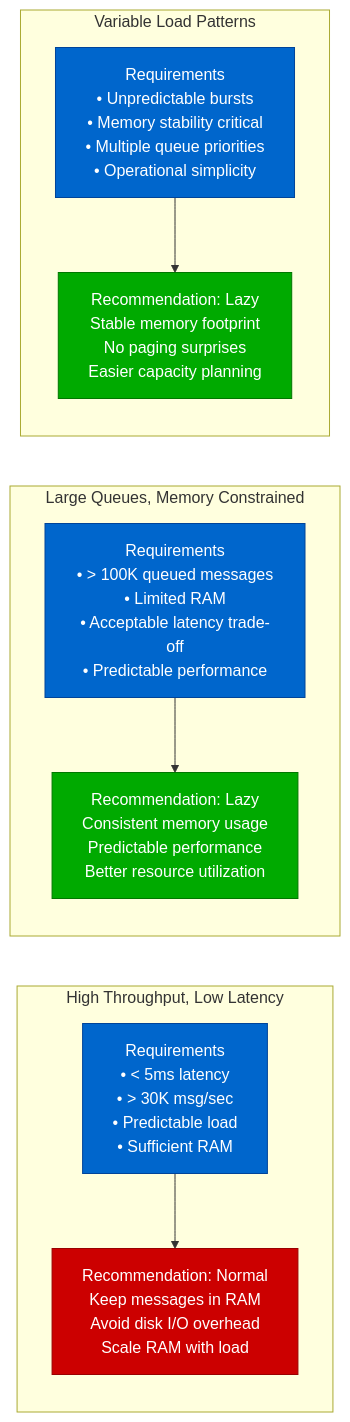
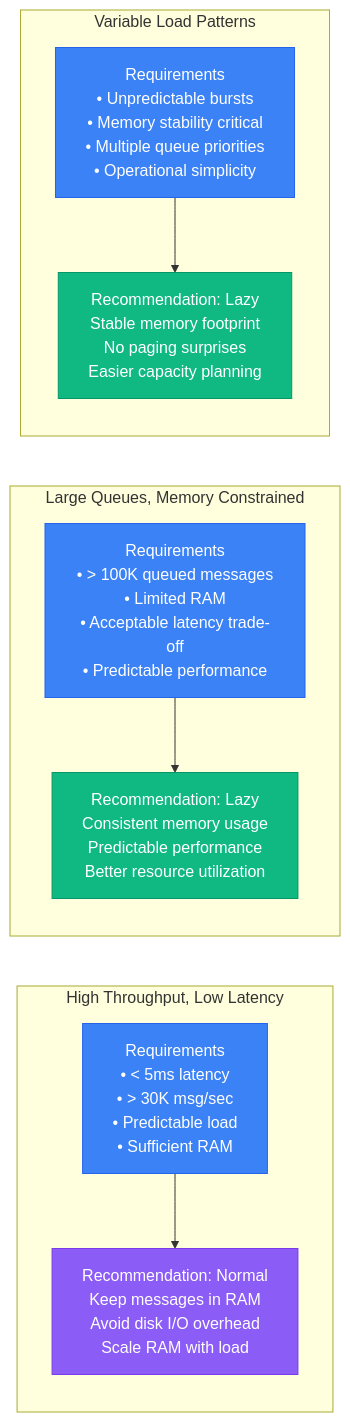
The seventh of 13 diagrams in site/docs/performance/rabbitmq-performance-profile.md (deepaucksharma/DS), drawn with Mermaid before and after one commit. The commit also changed other lines of this file and 303 other files, not shown here.

````diff
--- a/site/docs/performance/rabbitmq-performance-profile.md
+++ b/site/docs/performance/rabbitmq-performance-profile.md
@@ -261,34 +261,34 @@
 ```mermaid
 graph LR
     subgraph "High Throughput, Low Latency"
         HT_LL[Requirements<br/>• < 5ms latency<br/>• > 30K msg/sec<br/>• Predictable load<br/>• Sufficient RAM]
 
         HT_LL_REC[Recommendation: Normal<br/>Keep messages in RAM<br/>Avoid disk I/O overhead<br/>Scale RAM with load]
 
         HT_LL --> HT_LL_REC
     end
 
     subgraph "Large Queues, Memory Constrained"
         LQ_MC[Requirements<br/>• > 100K queued messages<br/>• Limited RAM<br/>• Acceptable latency trade-off<br/>• Predictable performance]
 
         LQ_MC_REC[Recommendation: Lazy<br/>Consistent memory usage<br/>Predictable performance<br/>Better resource utilization]
 
         LQ_MC --> LQ_MC_REC
     end
 
     subgraph "Variable Load Patterns"
         VLP[Requirements<br/>• Unpredictable bursts<br/>• Memory stability critical<br/>• Multiple queue priorities<br/>• Operational simplicity]
 
         VLP_REC[Recommendation: Lazy<br/>Stable memory footprint<br/>No paging surprises<br/>Easier capacity planning]
 
         VLP --> VLP_REC
     end
 
-    classDef requirementStyle fill:#0066CC,stroke:#004499,color:#fff
-    classDef normalRecStyle fill:#CC0000,stroke:#990000,color:#fff
-    classDef lazyRecStyle fill:#00AA00,stroke:#007700,color:#fff
+    classDef requirementStyle fill:#3B82F6,stroke:#2563EB,color:#fff
+    classDef normalRecStyle fill:#8B5CF6,stroke:#7C3AED,color:#fff
+    classDef lazyRecStyle fill:#10B981,stroke:#059669,color:#fff
 
     class HT_LL,LQ_MC,VLP requirementStyle
     class HT_LL_REC normalRecStyle
     class LQ_MC_REC,VLP_REC lazyRecStyle
 ```
````
